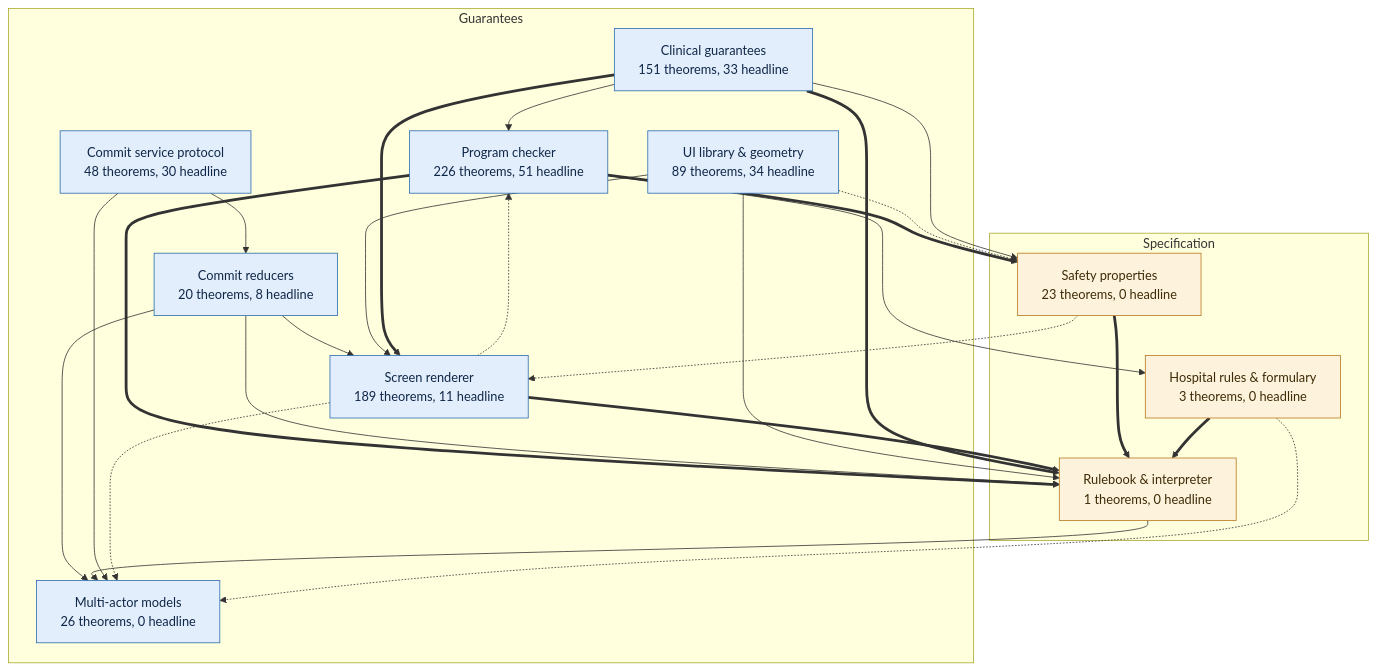
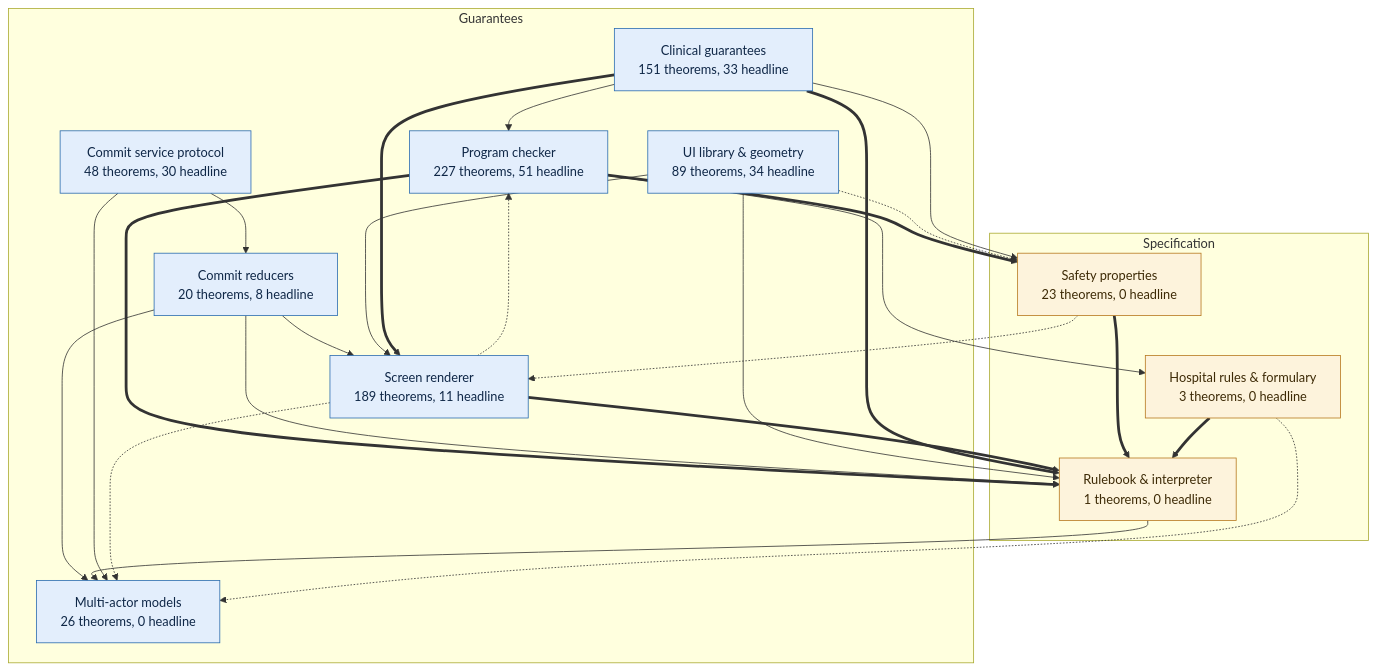
Before and after one commit to saithat/VGI-Health: the first of 9 diagrams in docs/proof-map.md, drawn with Mermaid.

Commit message:
Regenerate proof map after the proof refactor

````diff
--- a/docs/proof-map.md
+++ b/docs/proof-map.md
@@ -15,42 +15,42 @@
 ```mermaid
 flowchart TB
   subgraph guar_g["Guarantees"]
     proofs["Clinical guarantees<br/>151 theorems, 33 headline"]:::guar
-    check["Program checker<br/>226 theorems, 51 headline"]:::guar
+    check["Program checker<br/>227 theorems, 51 headline"]:::guar
     render["Screen renderer<br/>189 theorems, 11 headline"]:::guar
     layout["UI library &amp; geometry<br/>89 theorems, 34 headline"]:::guar
     commit["Commit reducers<br/>20 theorems, 8 headline"]:::guar
     protocol["Commit service protocol<br/>48 theorems, 30 headline"]:::guar
     multi["Multi-actor models<br/>26 theorems, 0 headline"]:::guar
   end
   subgraph spec_g["Specification"]
     core["Rulebook &amp; interpreter<br/>1 theorems, 0 headline"]:::spec
     props["Safety properties<br/>23 theorems, 0 headline"]:::spec
     specs["Hospital rules &amp; formulary<br/>3 theorems, 0 headline"]:::spec
   end
   check ==> core
   check ==> props
   check --> specs
   commit --> core
   commit --> multi
   commit --> render
   core --> multi
   layout --> core
   layout -.-> props
   layout --> render
   proofs --> check
   proofs ==> core
   proofs --> props
   proofs ==> render
   props ==> core
   props -.-> render
   protocol --> commit
   protocol --> multi
   render -.-> check
   render ==> core
   render -.-> multi
   specs ==> core
   specs -.-> multi
   classDef spec fill:#fdf3dc,stroke:#b7791f,color:#3d2a06
   classDef guar fill:#e3eefc,stroke:#2b6cb0,color:#0f2747
 ```
````
